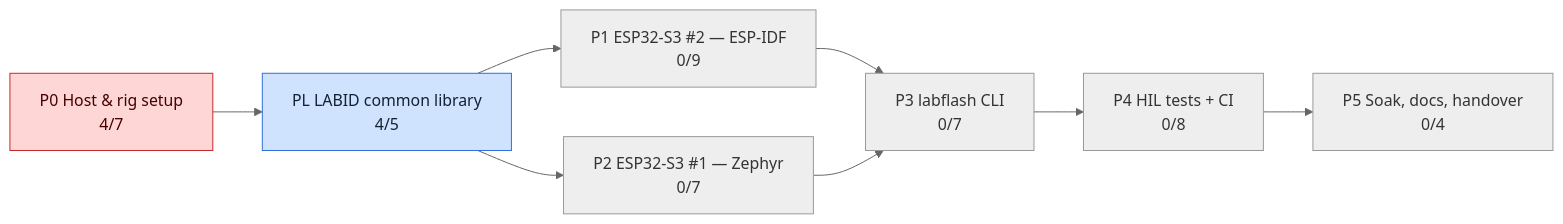
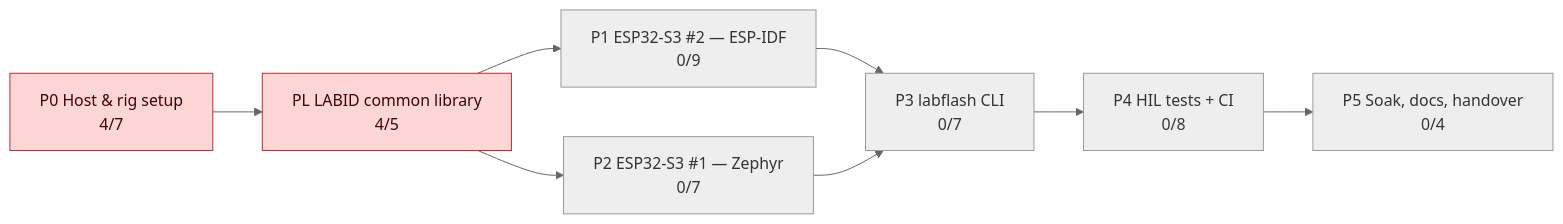
One commit to mohamed-soubhi/bootlab-esp changed the second of 3 diagrams in tickets/TICKETS.md. Above: the diagram before and after it, drawn with Mermaid (neutral theme). The commit also changed other lines of this file and 1 other file, not shown here.

Commit message:
BL-014 -> blocked: AC requires Zephyr native_sim + IDF linux builds; Zephyr path on hold + throttle != 0x0. Schema/packaging verified (13/13, cmake -P both branches); ESP_PLATFORM grounded in build-system.rst:1227. Not sufficient to close per AC.

````diff
--- a/tickets/TICKETS.md
+++ b/tickets/TICKETS.md
@@ -32,21 +31,21 @@
 ```mermaid
 flowchart LR
     E0["P0 Host & rig setup<br/>4/7"]:::blocked
-    EL["PL LABID common library<br/>4/5"]:::doing
+    EL["PL LABID common library<br/>4/5"]:::blocked
     E1["P1 ESP32-S3 #2 — ESP-IDF<br/>0/9"]:::todo
     E2["P2 ESP32-S3 #1 — Zephyr<br/>0/7"]:::todo
     E3["P3 labflash CLI<br/>0/7"]:::todo
     E4["P4 HIL tests + CI<br/>0/8"]:::todo
     E5["P5 Soak, docs, handover<br/>0/4"]:::todo
     E0 --> EL
     E1 --> E3
     E2 --> E3
     E3 --> E4
     E4 --> E5
     EL --> E1
     EL --> E2
     classDef todo fill:#eeeeee,stroke:#999,color:#333
     classDef doing fill:#cfe3ff,stroke:#2f6fdb,color:#123
     classDef blocked fill:#ffd6d6,stroke:#c62828,color:#400
     classDef done fill:#d4f5d4,stroke:#2e7d32,color:#132
 ```
````
